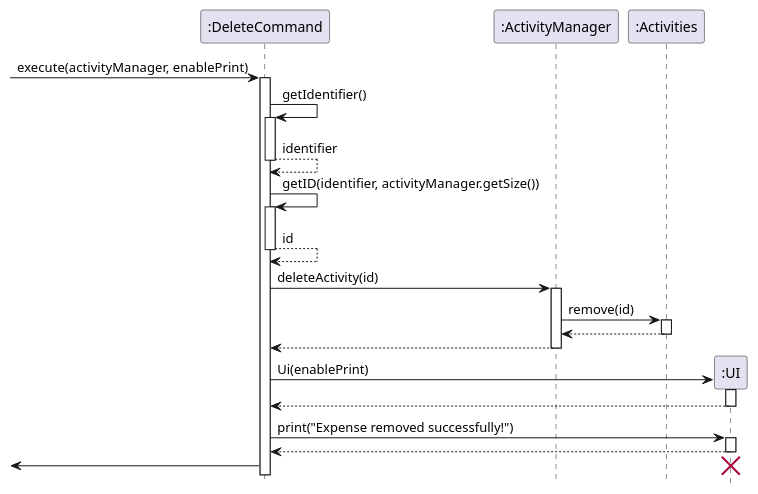
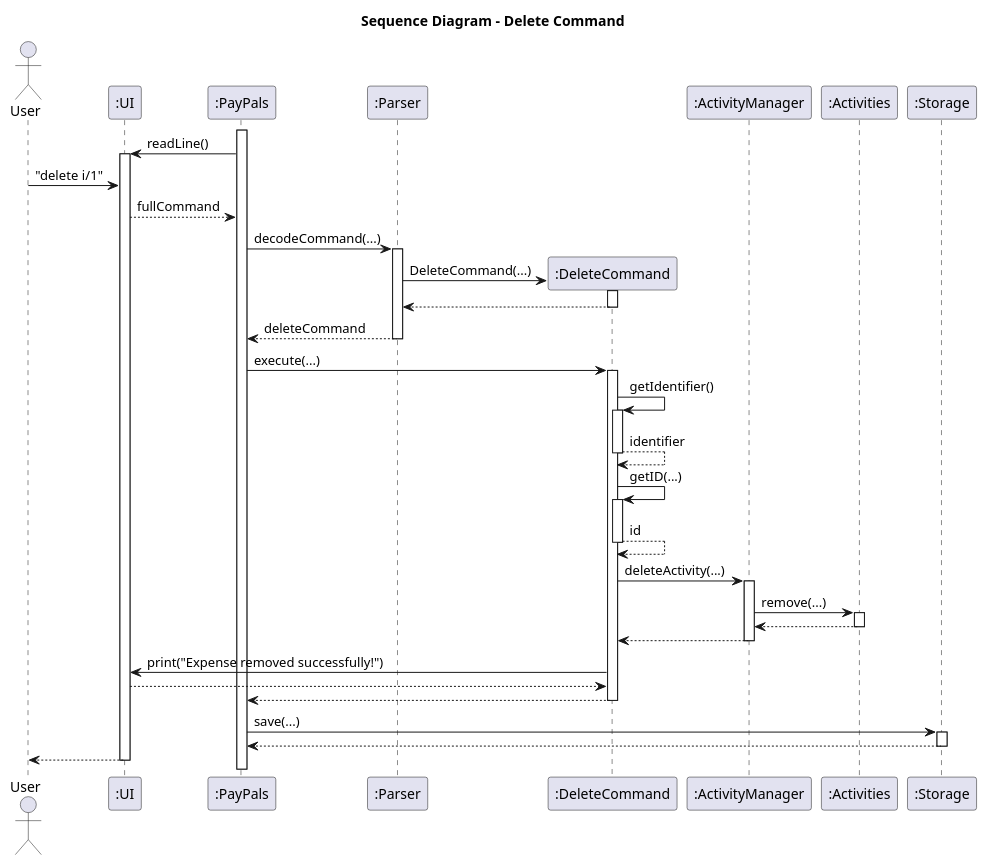
One commit to jing-yen/tp changed the diagram in docs/diagrams/DeleteCommand.puml. Above: the diagram before and after it, drawn with PlantUML. The commit also changed 7 other files, not shown here.

Commit message:
Edit sequence diagrams for commands

```diff
--- a/docs/diagrams/DeleteCommand.puml
+++ b/docs/diagrams/DeleteCommand.puml
@@ -1,40 +1,61 @@
 @startuml
 'https://plantuml.com/sequence-diagram
-hide footbox
+title Sequence Diagram - Delete Command
+
+actor User
+participant ":UI" as UI
+participant ":PayPals" as PP
+participant ":Parser" as PA
 participant ":DeleteCommand" as DC
 participant ":ActivityManager" as AM
 participant ":Activities" as AC
-participant ":UI" as UI
-[-> DC : execute(activityManager, enablePrint)
+participant ":Storage" as SR
+
+
+
+activate PP
+PP -> UI : readLine()
+activate UI
+User -> UI : "delete i/1"
+UI --> PP : fullCommand
+
+PP -> PA : decodeCommand(...)
+activate PA
+create DC
+PA -> DC : DeleteCommand(...)
+activate DC
+DC --> PA :
+deactivate DC
+PP <-- PA : deleteCommand
+deactivate PA
+PP -> DC : execute(...)
 activate DC
 DC -> DC : getIdentifier()
 activate DC
 DC --> DC : identifier
 deactivate DC
-DC -> DC : getID(identifier, activityManager.getSize())
+DC -> DC : getID(...)
 activate DC
 DC --> DC : id
 deactivate DC
-DC -> AM : deleteActivity(id)
+DC -> AM : deleteActivity(...)
 activate AM
-AM -> AC : remove(id)
+AM -> AC : remove(...)
 activate AC
 AC --> AM
 deactivate AC
 AM --> DC
 deactivate AM
-DC -> UI ** : Ui(enablePrint)
-activate UI
+
+DC -> UI : print("Expense removed successfully!")
 UI --> DC
+PP <-- DC
+deactivate DC
+
+PP -> SR : save(...)
+activate SR
+SR --> PP
+deactivate SR
+UI --> User
 deactivate UI
-DC -> UI : print("Expense removed successfully!")
-activate UI
-UI --> DC
-deactivate UI
-[<- DC
-destroy UI
-
-
-
-
 @enduml
```
